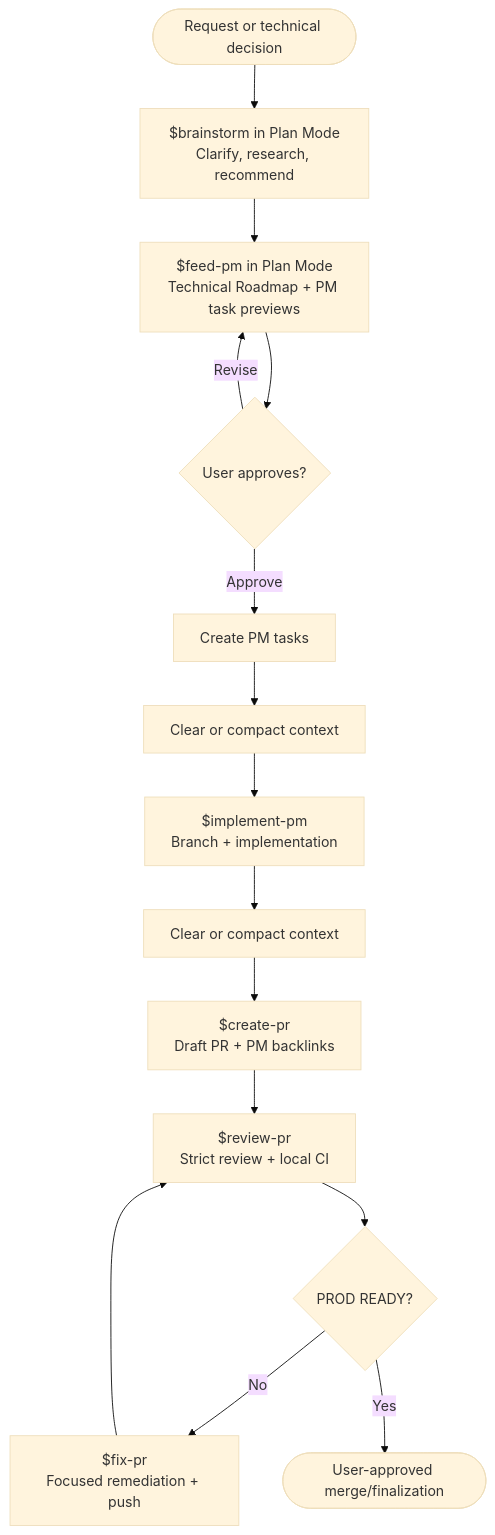
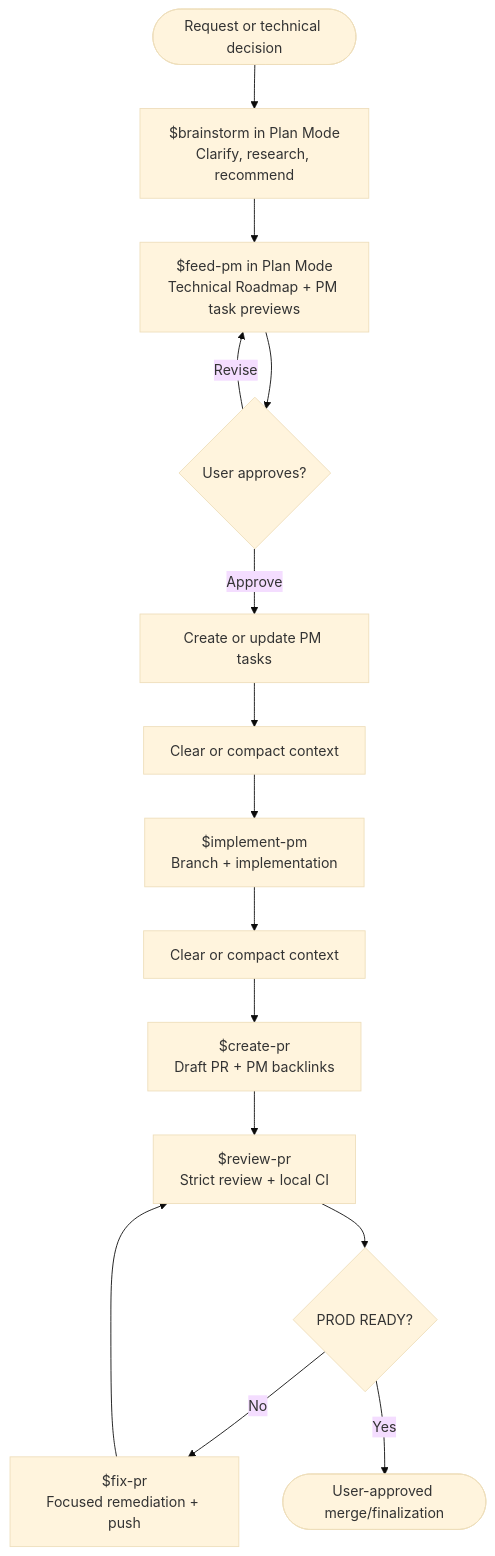
One commit to mvagnon/plan-based-agentic-workflow changed the first of 2 diagrams in README.md. Above: the diagram before and after it, drawn with Mermaid (base theme). The commit also changed other lines of this file and 5 other files, not shown here.

````diff
--- a/README.md
+++ b/README.md
@@ -23,17 +23,17 @@
 ```mermaid
 flowchart TD
     A([Request or technical decision]) --> B["$brainstorm in Plan Mode<br/>Clarify, research, recommend"]
     B --> C["$feed-pm in Plan Mode<br/>Technical Roadmap + PM task previews"]
     C --> D{"User approves?"}
     D -->|Revise| C
-    D -->|Approve| E["Create PM tasks"]
+    D -->|Approve| E["Create or update PM tasks"]
     E --> F["Clear or compact context"]
     F --> G["$implement-pm<br/>Branch + implementation"]
     G --> H["Clear or compact context"]
     H --> I["$create-pr<br/>Draft PR + PM backlinks"]
     I --> J["$review-pr<br/>Strict review + local CI"]
     J --> K{"PROD READY?"}
     K -->|No| L["$fix-pr<br/>Focused remediation + push"]
     L --> J
     K -->|Yes| M([User-approved merge/finalization])
 ```
````
